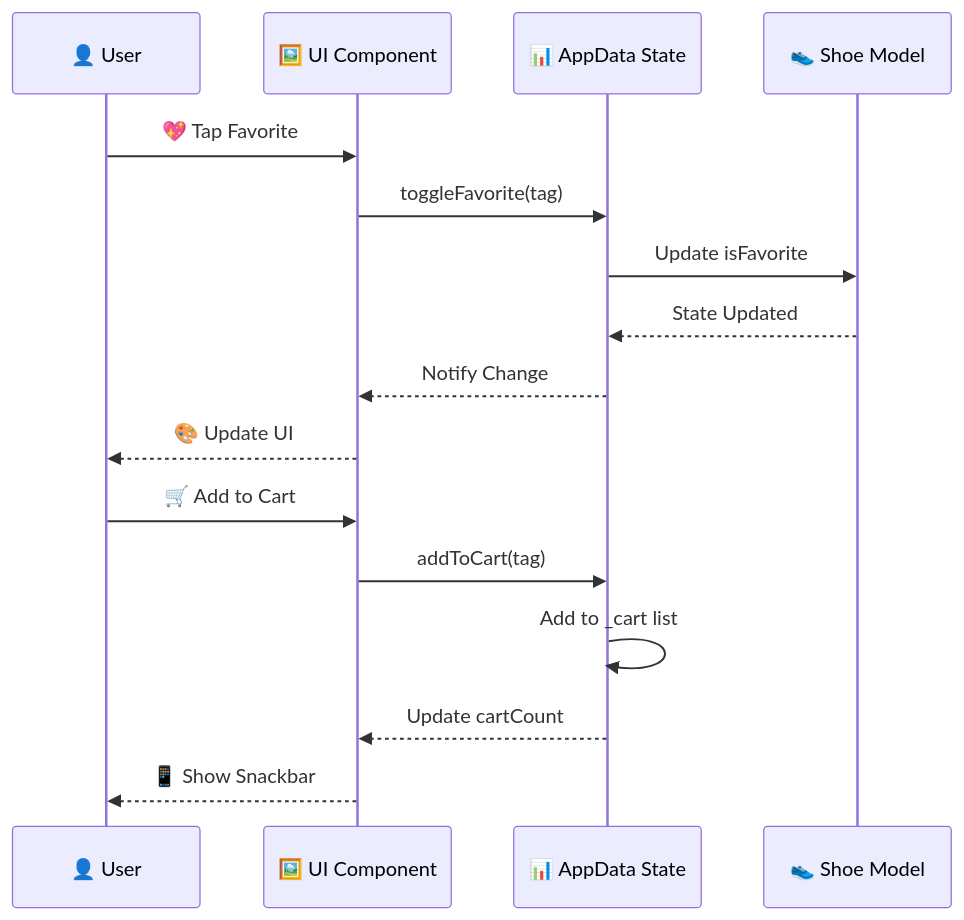
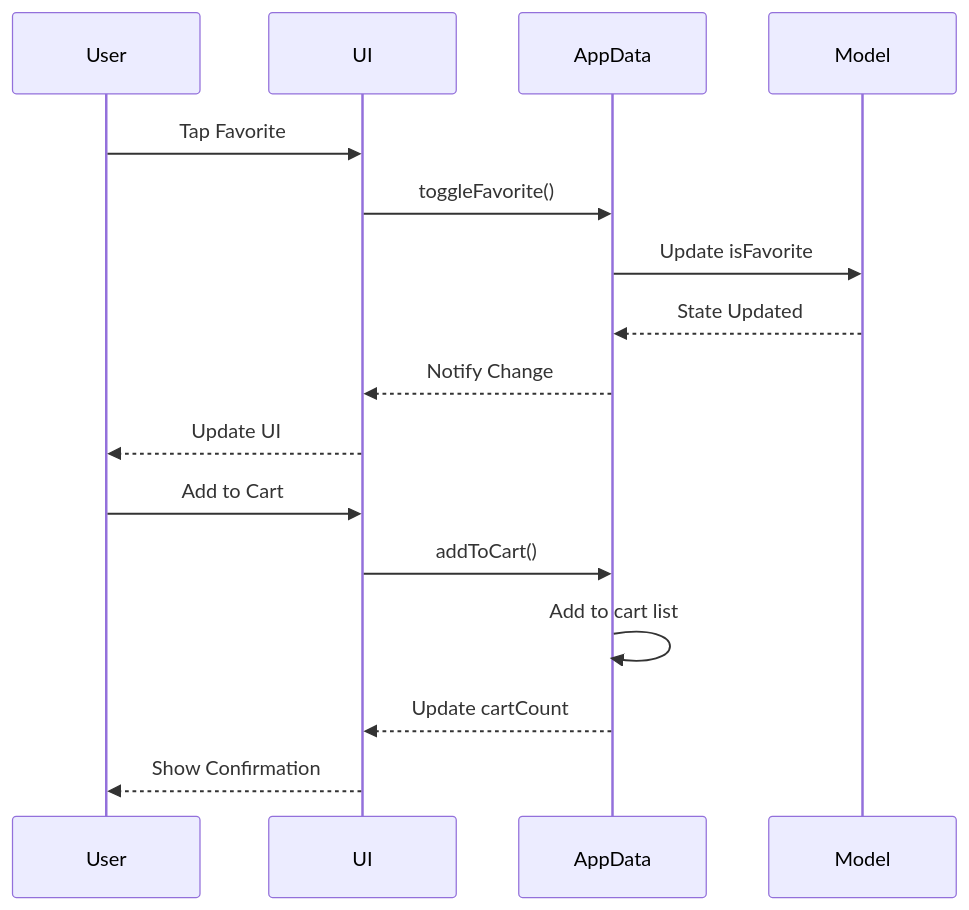
One commit to Sandarsh18/Ecommerce-shoes changed the fourth of 22 diagrams in README.md. Above: the diagram before and after it, drawn with Mermaid. The commit also changed other lines of this file, not shown here.

````diff
--- a/README.md
+++ b/README.md
@@ -234,20 +210,20 @@
 ```mermaid
 sequenceDiagram
-    participant U as 👤 User
-    participant UI as 🖼️ UI Component
-    participant S as 📊 AppData State
-    participant M as 👟 Shoe Model
+    participant User
+    participant UI
+    participant AppData
+    participant Model
     
-    U->>UI: 💖 Tap Favorite
-    UI->>S: toggleFavorite(tag)
-    S->>M: Update isFavorite
-    M-->>S: State Updated
-    S-->>UI: Notify Change
-    UI-->>U: 🎨 Update UI
+    User->>UI: Tap Favorite
+    UI->>AppData: toggleFavorite()
+    AppData->>Model: Update isFavorite
+    Model-->>AppData: State Updated
+    AppData-->>UI: Notify Change
+    UI-->>User: Update UI
     
-    U->>UI: 🛒 Add to Cart
-    UI->>S: addToCart(tag)
-    S->>S: Add to _cart list
-    S-->>UI: Update cartCount
-    UI-->>U: 📱 Show Snackbar
+    User->>UI: Add to Cart
+    UI->>AppData: addToCart()
+    AppData->>AppData: Add to cart list
+    AppData-->>UI: Update cartCount
+    UI-->>User: Show Confirmation
 ```
````
